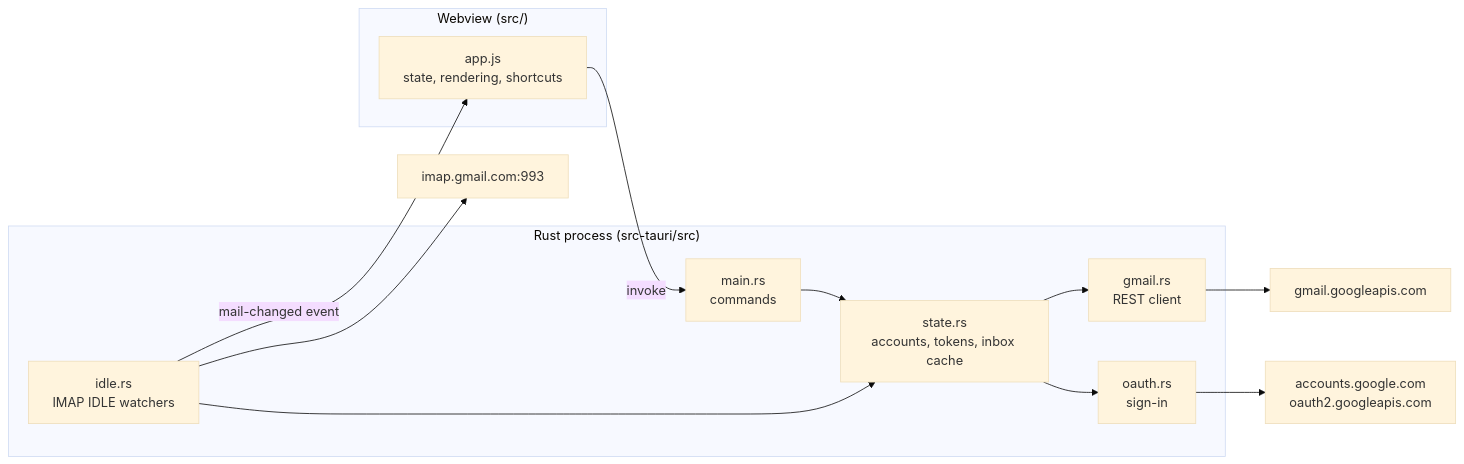
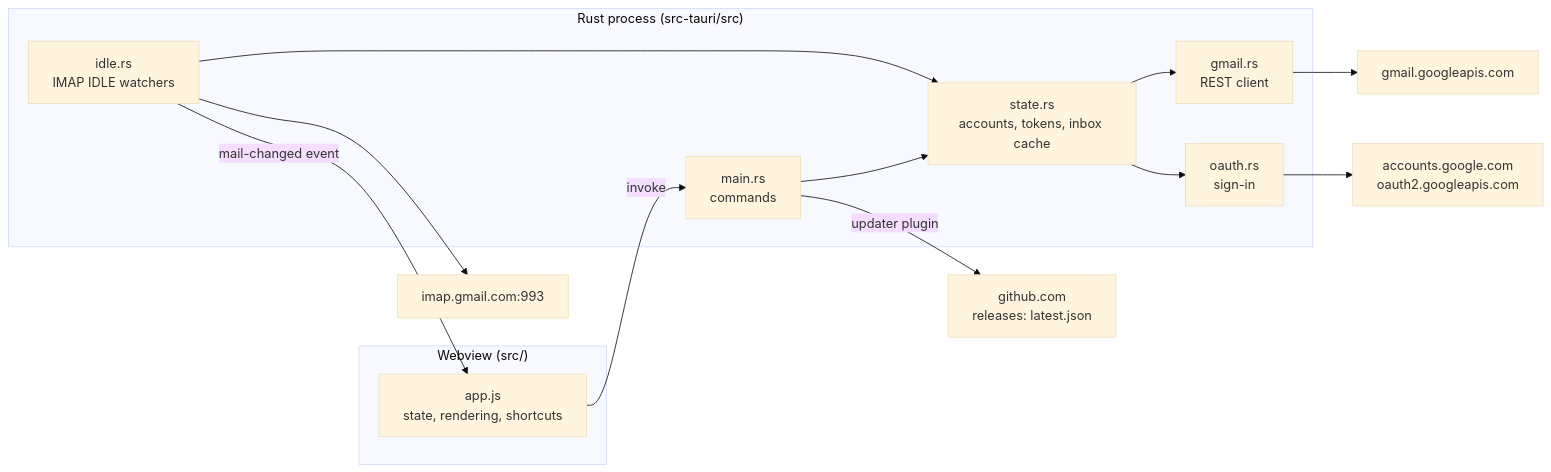
Before and after one commit to andeliseev/unified-mail: the diagram in docs/architecture.md, drawn with Mermaid (base theme). The commit also changed other lines of this file and 16 other files, not shown here.

````diff
--- a/docs/architecture.md
+++ b/docs/architecture.md
@@ -5,22 +5,23 @@
 ```mermaid
 flowchart LR
   subgraph Webview["Webview (src/)"]
     UI["app.js<br/>state, rendering, shortcuts"]
   end
   subgraph Rust["Rust process (src-tauri/src)"]
     Main["main.rs<br/>commands"]
     State["state.rs<br/>accounts, tokens, inbox cache"]
     Gmail["gmail.rs<br/>REST client"]
     OAuth["oauth.rs<br/>sign-in"]
     Idle["idle.rs<br/>IMAP IDLE watchers"]
   end
   UI -- invoke --> Main
   Idle -- "mail-changed event" --> UI
   Main --> State
   State --> Gmail
   State --> OAuth
   Idle --> State
   Gmail --> GAPI["gmail.googleapis.com"]
   OAuth --> GAUTH["accounts.google.com<br/>oauth2.googleapis.com"]
   Idle --> IMAP["imap.gmail.com:993"]
+  Main -- "updater plugin" --> GH["github.com<br/>releases: latest.json"]
 ```
````
